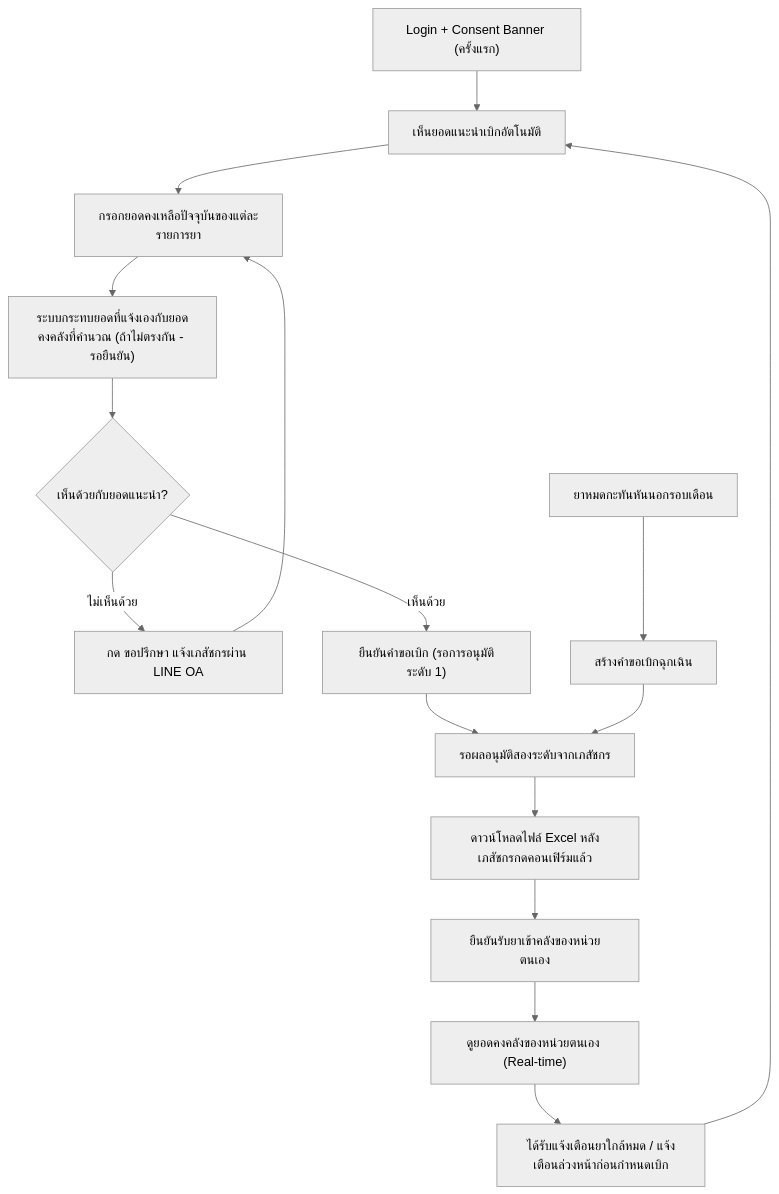
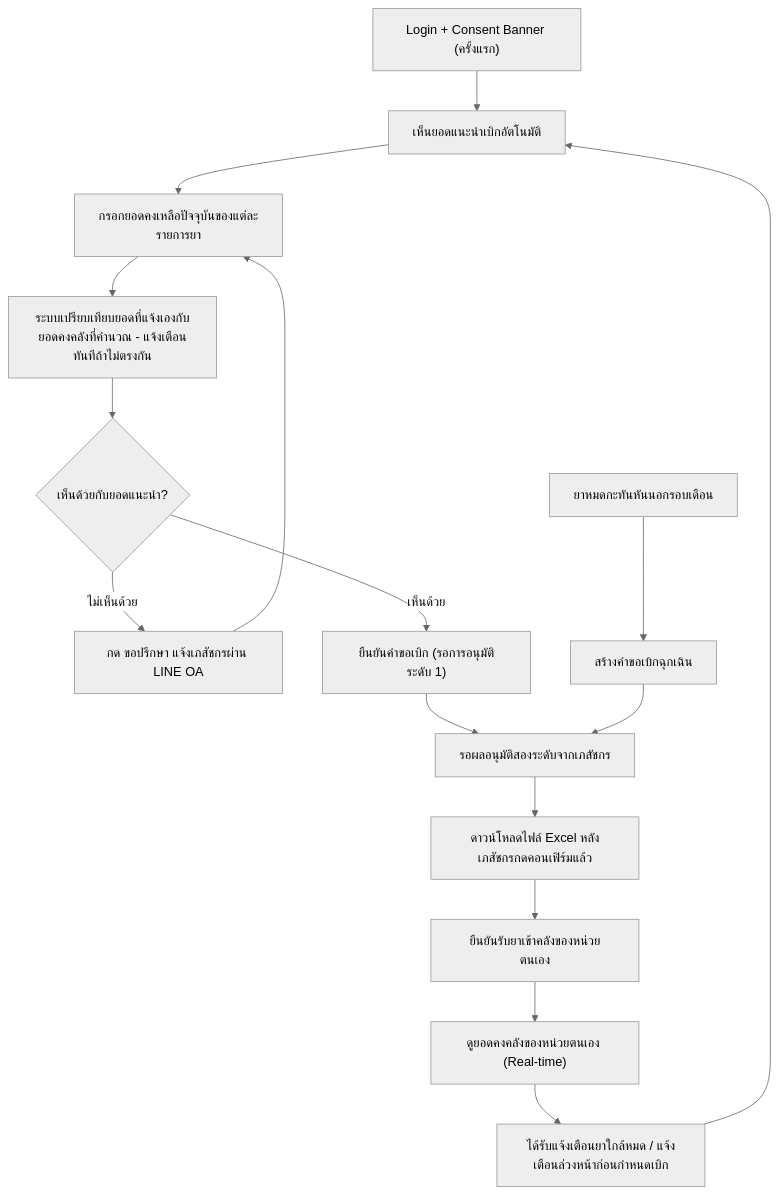
Before and after one commit to 6910127-warang/sync_smart: the diagram in 01-requirements/03-user-journey/staff-hph-journey.md, drawn with Mermaid (neutral theme). The commit also changed other lines of this file and 55 other files, not shown here.

First line of the commit message:
Add architecture, data model, API spec, and detailed design docs

````diff
--- a/01-requirements/03-user-journey/staff-hph-journey.md
+++ b/01-requirements/03-user-journey/staff-hph-journey.md
@@ -7,18 +7,18 @@
 ```mermaid
 flowchart TD
     A["Login + Consent Banner (ครั้งแรก)"] --> B["เห็นยอดแนะนำเบิกอัตโนมัติ"]
     B --> C["กรอกยอดคงเหลือปัจจุบันของแต่ละรายการยา"]
-    C --> C2["ระบบกระทบยอดที่แจ้งเองกับยอดคงคลังที่คำนวณ (ถ้าไม่ตรงกัน - รอยืนยัน)"]
+    C --> C2["ระบบเปรียบเทียบยอดที่แจ้งเองกับยอดคงคลังที่คำนวณ - แจ้งเตือนทันทีถ้าไม่ตรงกัน"]
     C2 --> D{"เห็นด้วยกับยอดแนะนำ?"}
     D -- "ไม่เห็นด้วย" --> E["กด ขอปรึกษา แจ้งเภสัชกรผ่าน LINE OA"]
     E --> C
     D -- "เห็นด้วย" --> F["ยืนยันคำขอเบิก (รอการอนุมัติระดับ 1)"]
     F --> G["รอผลอนุมัติสองระดับจากเภสัชกร"]
     G --> H["ดาวน์โหลดไฟล์ Excel หลังเภสัชกรกดคอนเฟิร์มแล้ว"]
     H --> I["ยืนยันรับยาเข้าคลังของหน่วยตนเอง"]
     I --> J["ดูยอดคงคลังของหน่วยตนเอง (Real-time)"]
     J --> K["ได้รับแจ้งเตือนยาใกล้หมด / แจ้งเตือนล่วงหน้าก่อนกำหนดเบิก"]
     K --> B
     L["ยาหมดกะทันหันนอกรอบเดือน"] --> M["สร้างคำขอเบิกฉุกเฉิน"]
     M --> G
 ```
````
